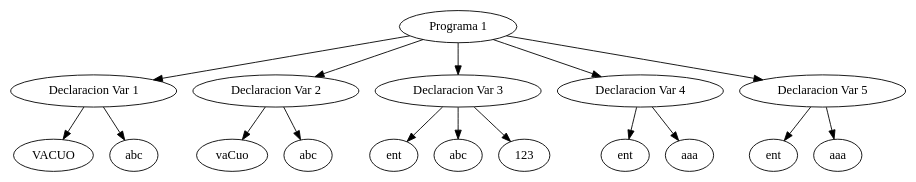
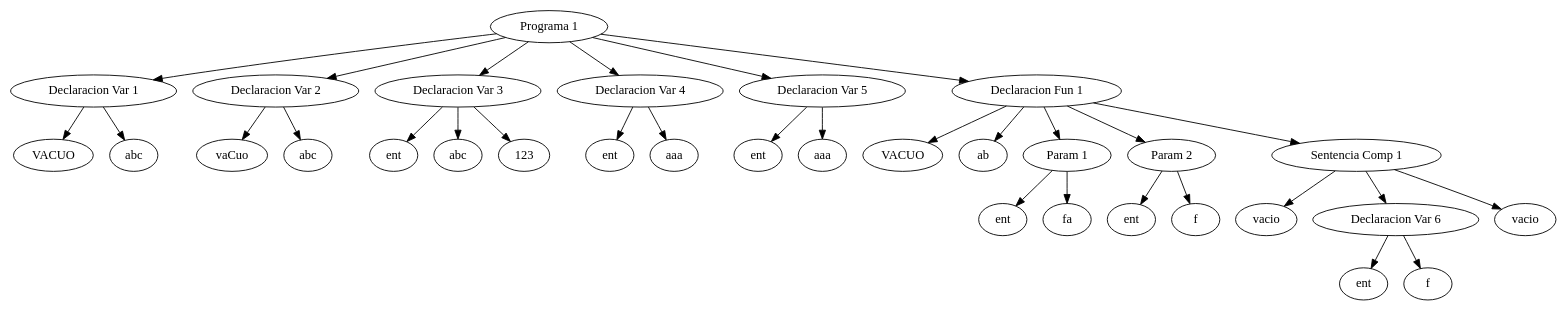
Before and after one commit to lancal/TallerCompiladores2018: the diagram in tree.dot, drawn with Graphviz. The commit also changed 6 other files, not shown here.

```diff
--- a/tree.dot
+++ b/tree.dot
@@ -1,29 +1,54 @@
 digraph G {
 	"Programa 1" -> "Declaracion Var 1"
 	1 [label="VACUO"]
 	"Declaracion Var 1" -> 1
 	2 [label="abc"]
 	"Declaracion Var 1" -> 2
 	"Programa 1" -> "Declaracion Var 2"
 	3 [label="vaCuo"]
 	"Declaracion Var 2" -> 3
 	4 [label="abc"]
 	"Declaracion Var 2" -> 4
 	"Programa 1" -> "Declaracion Var 3"
 	5 [label="ent"]
 	"Declaracion Var 3" -> 5
 	6 [label="abc"]
 	"Declaracion Var 3" -> 6
 	7 [label="123"]
 	"Declaracion Var 3" -> 7
 	"Programa 1" -> "Declaracion Var 4"
 	8 [label="ent"]
 	"Declaracion Var 4" -> 8
 	9 [label="aaa"]
 	"Declaracion Var 4" -> 9
 	"Programa 1" -> "Declaracion Var 5"
 	10 [label="ent"]
 	"Declaracion Var 5" -> 10
 	11 [label="aaa"]
 	"Declaracion Var 5" -> 11
+	"Programa 1" -> "Declaracion Fun 1"
+	12 [label="VACUO"]
+	"Declaracion Fun 1" -> 12
+	13 [label="ab"]
+	"Declaracion Fun 1" -> 13
+	"Declaracion Fun 1" -> "Param 1"
+	14 [label="ent"]
+	"Param 1" -> 14
+	15 [label="fa"]
+	"Param 1" -> 15
+	"Declaracion Fun 1" -> "Param 2"
+	16 [label="ent"]
+	"Param 2" -> 16
+	17 [label="f"]
+	"Param 2" -> 17
+	"Declaracion Fun 1" -> "Sentencia Comp 1"
+	18 [label="vacio"]
+	"Sentencia Comp 1" -> 18
+	"Sentencia Comp 1" -> "Declaracion Var 6"
+	19 [label="ent"]
+	"Declaracion Var 6" -> 19
+	20 [label="f"]
+	"Declaracion Var 6" -> 20
+	21 [label="vacio"]
+	"Sentencia Comp 1" -> 21
 }
```
